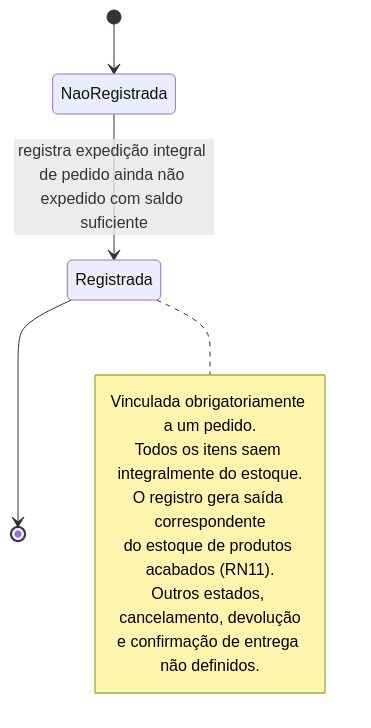
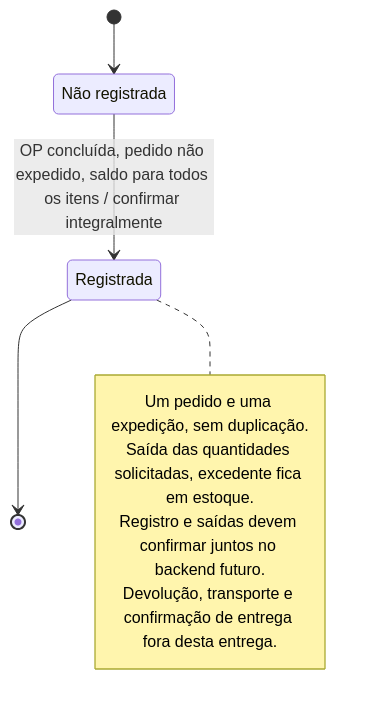
Before and after one commit to edumoreira7/TCC---Gestao-Integrada: the diagram in docs/03-modelagem/estados/estado-expedicao.mmd, drawn with Mermaid. The commit also changed 74 other files, not shown here.

```diff
--- a/docs/03-modelagem/estados/estado-expedicao.mmd
+++ b/docs/03-modelagem/estados/estado-expedicao.mmd
@@ -1,12 +1,12 @@
 stateDiagram-v2
+    state "Não registrada" as NaoRegistrada
+    state "Registrada" as Registrada
     [*] --> NaoRegistrada
-    NaoRegistrada --> Registrada: registra expedição integral de pedido ainda não expedido com saldo suficiente
+    NaoRegistrada --> Registrada: OP concluída, pedido não expedido, saldo para todos os itens / confirmar integralmente
     Registrada --> [*]
     note right of Registrada
-      Vinculada obrigatoriamente a um pedido.
-      Todos os itens saem integralmente do estoque.
-      O registro gera saída correspondente
-      do estoque de produtos acabados (RN11).
-      Outros estados, cancelamento, devolução
-      e confirmação de entrega não definidos.
+      Um pedido e uma expedição, sem duplicação.
+      Saída das quantidades solicitadas, excedente fica em estoque.
+      Registro e saídas devem confirmar juntos no backend futuro.
+      Devolução, transporte e confirmação de entrega fora desta entrega.
     end note
```
